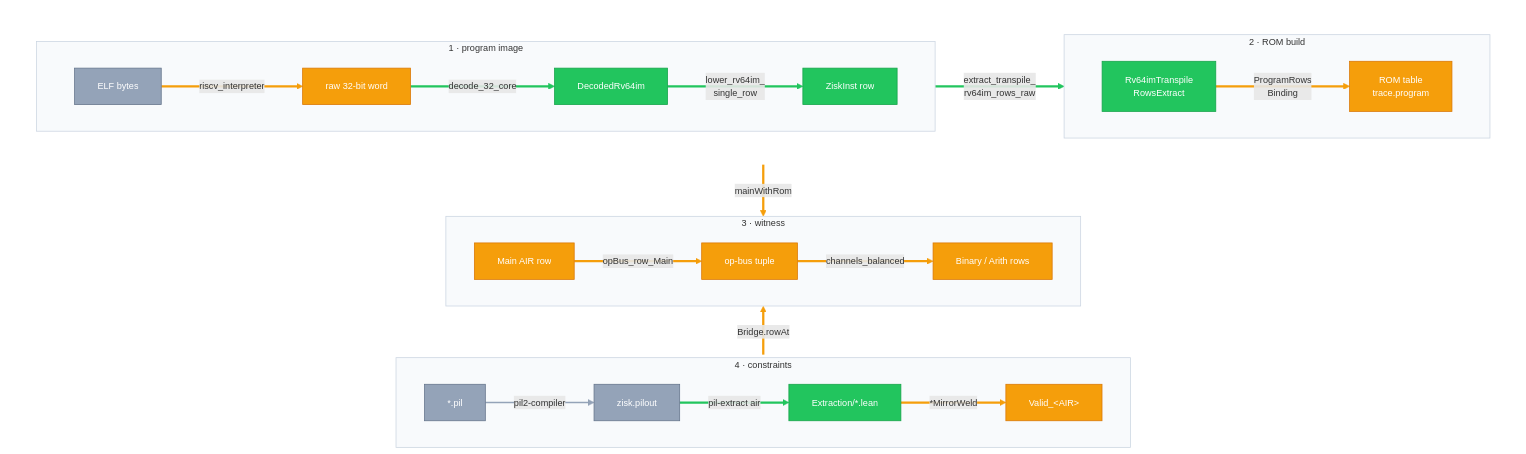
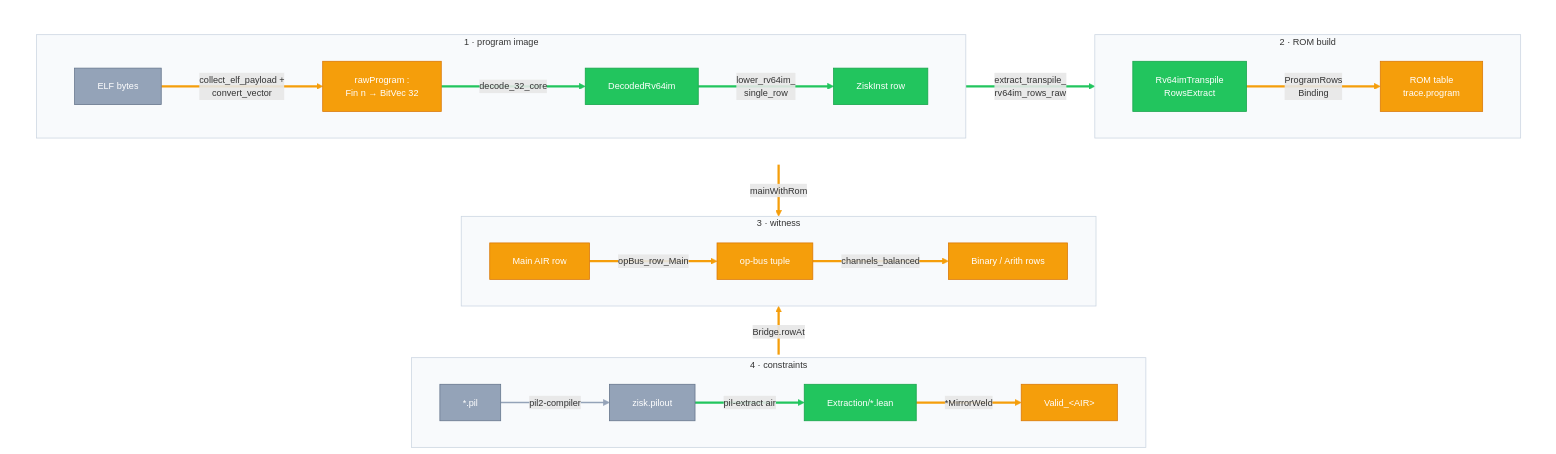
Before and after one commit to codygunton/talks-and-writing: the diagram in 2026-09-21-zisk-fv-handoff/diagrams/zisk-extraction.mmd, drawn with Mermaid. The commit also changed 2 other files, not shown here.

```diff
--- a/2026-09-21-zisk-fv-handoff/diagrams/zisk-extraction.mmd
+++ b/2026-09-21-zisk-fv-handoff/diagrams/zisk-extraction.mmd
@@ -1,92 +1,92 @@
 %%{init: {"theme": "default", "themeVariables": {"primaryTextColor": "#334155", "lineColor": "#94a3b8", "fontSize": "12px"}}}%%
 %% EDITING THIS FILE
 %%   Every arrow carries a name:   A e_foo@-->|"label"| B
 %%   Colour is set by name at the bottom, never by position.
 %%   Rule: an arrow takes the colour of the node it points AT.
 %%   Check your edit with:  node ../../check-mmd.mjs
 flowchart TB
     %% node palette
     classDef extracted fill:#22c55e,stroke:#16a34a,color:#ffffff
     classDef modeled   fill:#f59e0b,stroke:#d97706,color:#ffffff
     classDef assumed   fill:#ef4444,stroke:#dc2626,color:#ffffff
     classDef absent    fill:#94a3b8,stroke:#64748b,color:#ffffff
 
     %% arrow palette — same colours, fill:none so the curve is not filled
     classDef eExtracted stroke:#22c55e,stroke-width:3px,fill:none
     classDef eModeled   stroke:#f59e0b,stroke-width:3px,fill:none
     classDef eAssumed   stroke:#ef4444,stroke-width:3px,fill:none
     classDef eAbsent    stroke:#94a3b8,stroke-width:2px,fill:none
     %% `marker-end:none` suppresses the far arrowhead of a `<-->` edge, so it
     %% renders as a single arrow pointing back at the declared SOURCE.
     classDef eModeledUp stroke:#f59e0b,stroke-width:3px,fill:none,marker-end:none
 
     %% 1 and 2 sit side by side inside an unlabelled band.
     %% Its `direction LR` only survives while no NODE-level edge
     %% crosses the band boundary — that is why the arrow out of it
     %% below is drawn cluster-to-cluster (ROMB --> WIT).
     subgraph TOP[" "]
     direction LR
     subgraph SRC["1 · program image"]
         direction LR
         ELF["ELF bytes"]:::absent
-        RAW["raw 32-bit word"]:::modeled
+        RAW["rawProgram :<br/>Fin n → BitVec 32"]:::modeled
         DEC["DecodedRv64im"]:::extracted
         ZI["ZiskInst row"]:::extracted
-        ELF e_fetch@-->|"riscv_interpreter"| RAW
+        ELF e_fetch@-->|"collect_elf_payload +<br/>convert_vector"| RAW
         RAW e_decode@-->|"decode_32_core"| DEC
         DEC e_lower@-->|"lower_rv64im_<br/>single_row"| ZI
     end
 
     subgraph ROMB["2 · ROM build"]
         direction LR
         AEN["Rv64imTranspile<br/>RowsExtract"]:::extracted
         ROMT["ROM table<br/>trace.program"]:::modeled
         AEN e_progbind@-->|"ProgramRows<br/>Binding"| ROMT
     end
     ZI e_transpile@-->|"extract_transpile_<br/>rv64im_rows_raw"| AEN
     end
 
     subgraph WIT["3 · witness"]
         direction LR
         MT["Main AIR row"]:::modeled
         OB["op-bus tuple"]:::modeled
         SEC["Binary / Arith rows"]:::modeled
         MT e_opbus@-->|"opBus_row_Main"| OB
         OB e_balance@-->|"channels_balanced"| SEC
     end
 
     subgraph CON["4 · constraints"]
         direction LR
         PIL["*.pil"]:::absent
         PO["zisk.pilout"]:::absent
         EX["Extraction/*.lean"]:::extracted
         VA["Valid_&lt;AIR&gt;"]:::modeled
         PIL e_pilc@-->|"pil2-compiler"| PO
         PO e_pilextract@-->|"pil-extract air"| EX
         EX e_weld@-->|"*MirrorWeld"| VA
     end
 
     %% Both of these are CLUSTER-level on purpose. A subgraph keeps its
     %% `direction` only while none of its NODES is an endpoint of an edge
     %% crossing its boundary -- so `ROMB --> WIT` would stack 1 above 2, and
     %% `VA --> WIT` would stack subgraph 4 vertically.
     %% e_bridge is DECLARED WIT -> CON so that 4 ranks below 3 and keeps its
     %% `direction LR`. It is drawn `<-->` and given `eModeledUp`, whose
     %% `marker-end:none` removes the arrowhead at the CON end -- so it renders
     %% as a single arrow pointing UP from 4 into 3, the real Bridge.rowAt
     %% direction (`AirsClean/Main/Bridge.lean:34`: Valid_Main -> MainRow).
     %% Mermaid has no plain up-arrow; only `<-->` carries a start marker.
     TOP e_mainrom@-->|"mainWithRom"| WIT
     WIT e_bridge@<-->|"Bridge.rowAt"| CON
 
     %% arrow colours — by name, order does not matter
     class e_decode,e_lower,e_pilextract,e_transpile eExtracted
     class e_fetch,e_progbind,e_opbus,e_balance,e_weld,e_mainrom eModeled
     class e_bridge eModeledUp
     class e_pilc eAbsent
 
     style TOP  fill:none,stroke:none
     style SRC  fill:#f8fafc,stroke:#cbd5e1
     style ROMB fill:#f8fafc,stroke:#cbd5e1
     style WIT  fill:#f8fafc,stroke:#cbd5e1
     style CON  fill:#f8fafc,stroke:#cbd5e1
```
